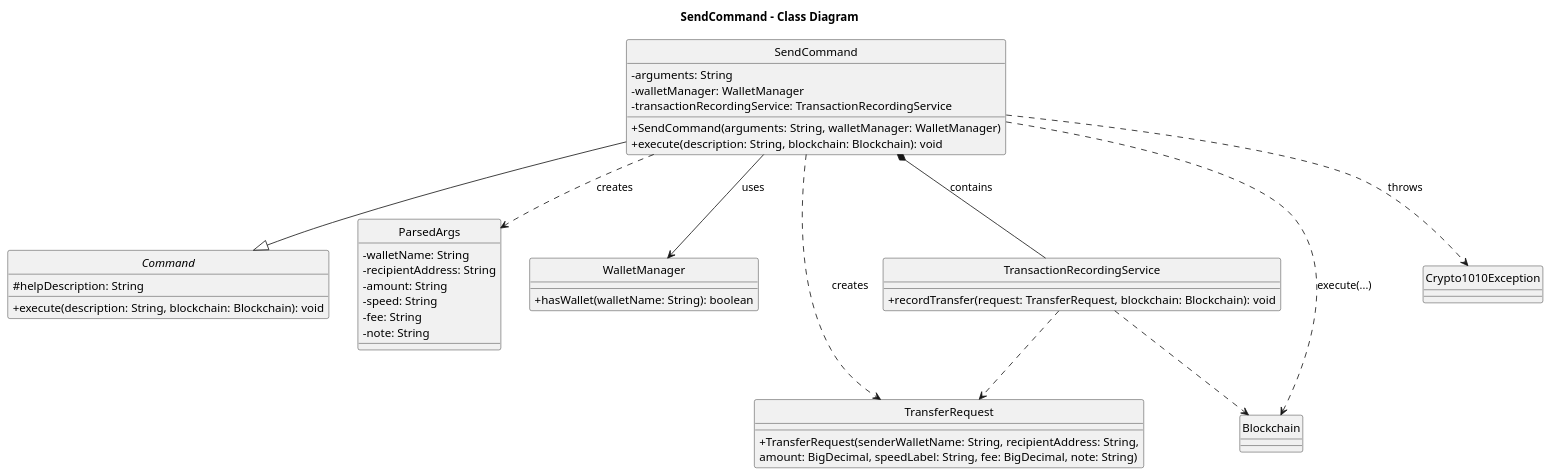
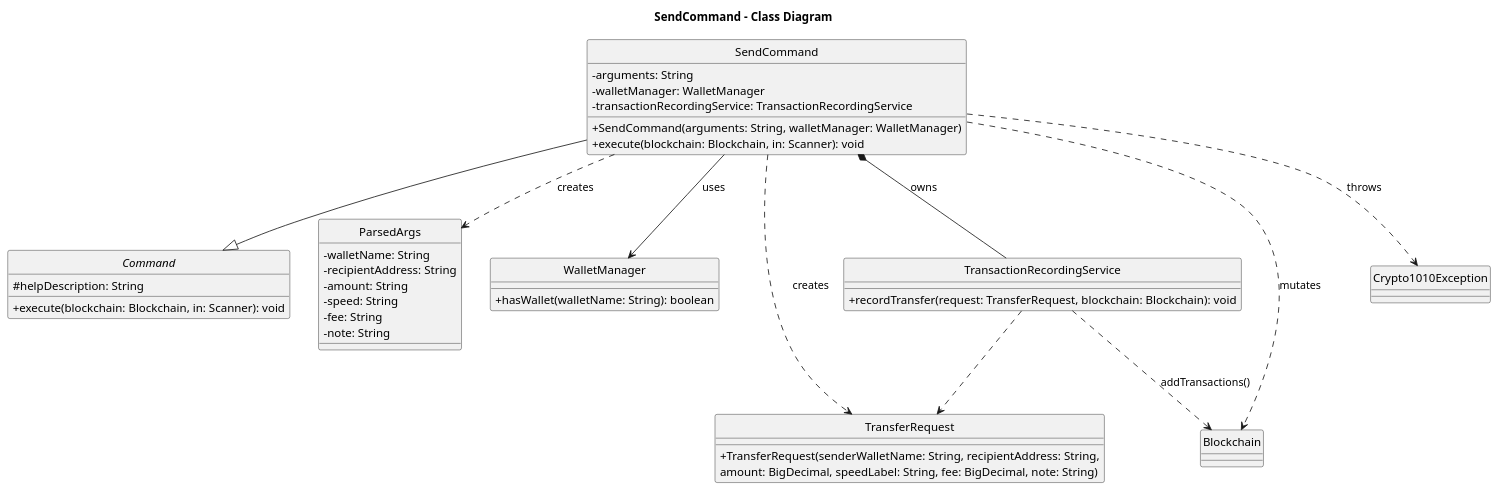
Before and after one commit to Anormalm/tp: the diagram in docs/diagrams/SendCommandClassDiagram.puml, drawn with PlantUML. The commit also changed 14 other files, not shown here.

Commit message:
Improve DG architecture and UML coverage

```diff
--- a/docs/diagrams/SendCommandClassDiagram.puml
+++ b/docs/diagrams/SendCommandClassDiagram.puml
@@ -1,55 +1,55 @@
 @startuml
 title SendCommand - Class Diagram
 
 hide circle
 skinparam classAttributeIconSize 0
 
 abstract class Command {
   #helpDescription: String
-  +execute(description: String, blockchain: Blockchain): void
+  +execute(blockchain: Blockchain, in: Scanner): void
 }
 
 class SendCommand {
   -arguments: String
   -walletManager: WalletManager
   -transactionRecordingService: TransactionRecordingService
   +SendCommand(arguments: String, walletManager: WalletManager)
-  +execute(description: String, blockchain: Blockchain): void
+  +execute(blockchain: Blockchain, in: Scanner): void
 }
 
 class ParsedArgs {
   -walletName: String
   -recipientAddress: String
   -amount: String
   -speed: String
   -fee: String
   -note: String
 }
 
 class WalletManager {
   +hasWallet(walletName: String): boolean
 }
 
 class TransactionRecordingService {
   +recordTransfer(request: TransferRequest, blockchain: Blockchain): void
 }
 
 class TransferRequest {
   +TransferRequest(senderWalletName: String, recipientAddress: String,
     amount: BigDecimal, speedLabel: String, fee: BigDecimal, note: String)
 }
 
 class Blockchain
 class Crypto1010Exception
 
 SendCommand --|> Command
-SendCommand *-- TransactionRecordingService : contains
+SendCommand *-- TransactionRecordingService : owns
 SendCommand --> WalletManager : uses
 SendCommand ..> ParsedArgs : creates
 SendCommand ..> TransferRequest : creates
-SendCommand ..> Blockchain : execute(...)
+SendCommand ..> Blockchain : mutates
 SendCommand ..> Crypto1010Exception : throws
 TransactionRecordingService ..> TransferRequest
-TransactionRecordingService ..> Blockchain
+TransactionRecordingService ..> Blockchain : addTransactions()
 
 @enduml
```
